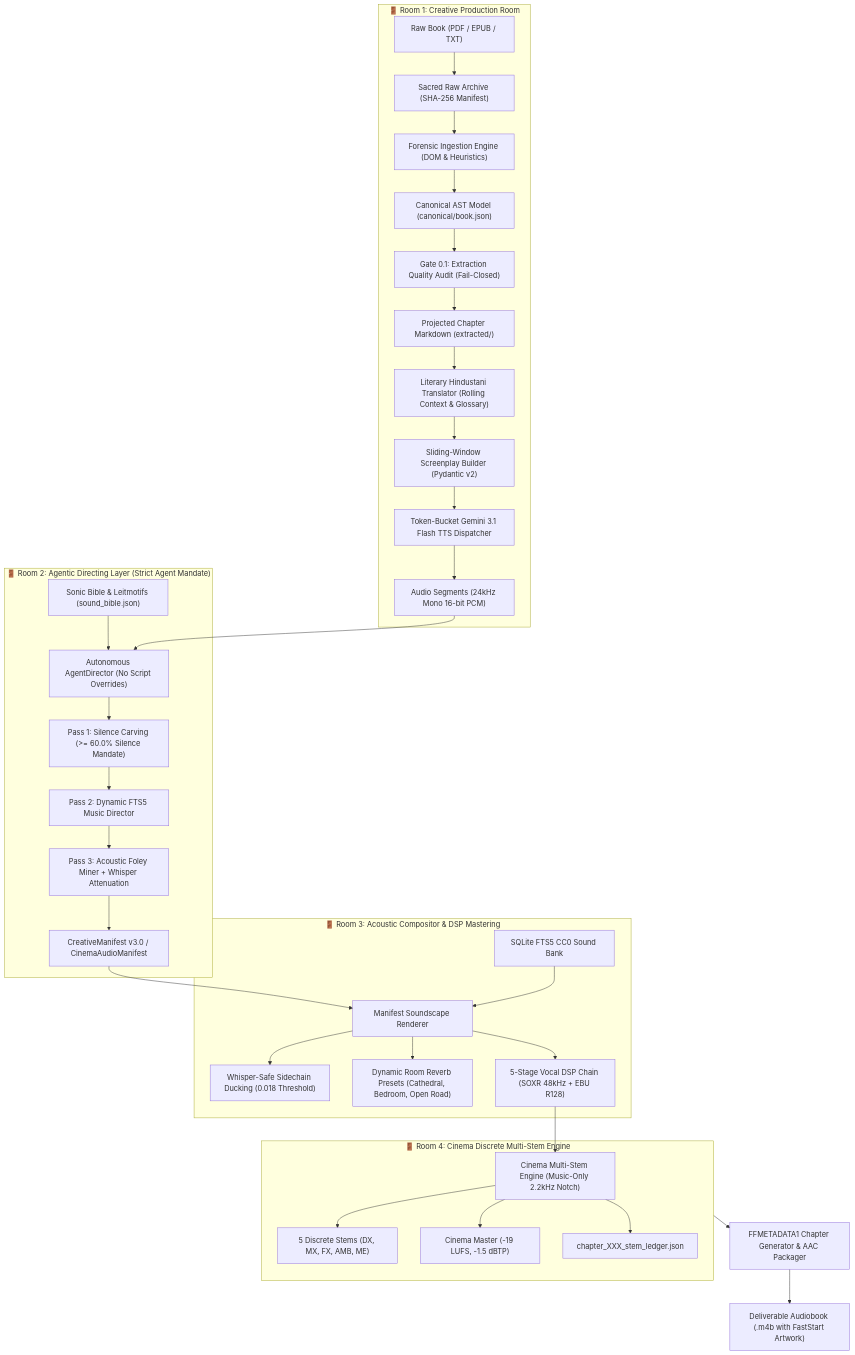
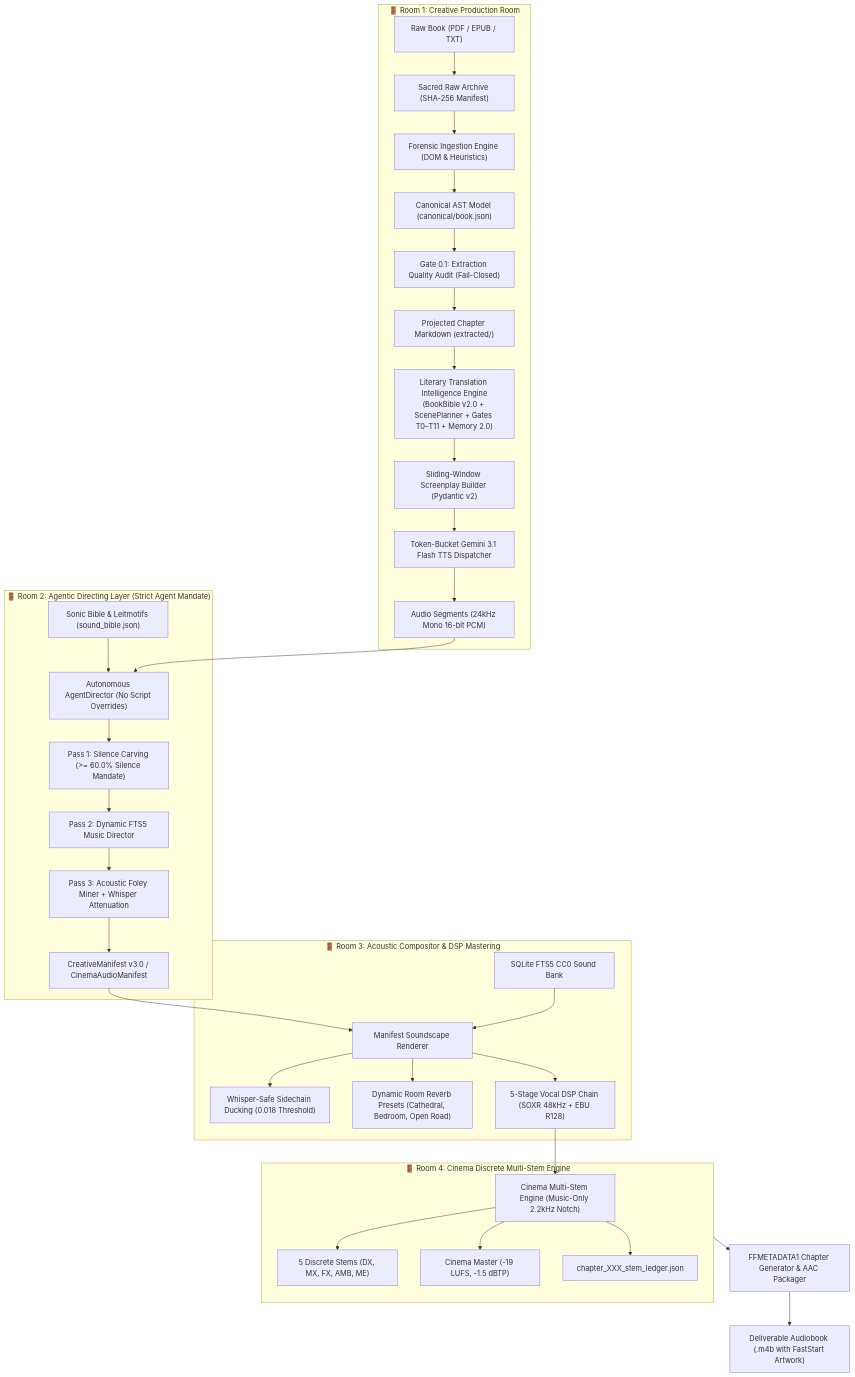
Before and after one commit to naksh-07/audiobook-maker: the diagram in README.md, drawn with Mermaid. The commit also changed other lines of this file and 7 other files, not shown here.

First line of the commit message:
docs: add Literary Translation Intelligence manual (ADR-030) and sync Pillar 2 architecture docs

````diff
--- a/README.md
+++ b/README.md
@@ -25,41 +25,41 @@
 ```mermaid
 flowchart TD
     subgraph Room1["🚪 Room 1: Creative Production Room"]
         Book["Raw Book (PDF / EPUB / TXT)"] --> RawArchive["Sacred Raw Archive (SHA-256 Manifest)"]
         RawArchive --> Extractor["Forensic Ingestion Engine (DOM & Heuristics)"]
         Extractor --> AST["Canonical AST Model (canonical/book.json)"]
         AST --> Gate01["Gate 0.1: Extraction Quality Audit (Fail-Closed)"]
         Gate01 --> Chapters["Projected Chapter Markdown (extracted/)"]
-        Chapters --> Translator["Literary Hindustani Translator (Rolling Context & Glossary)"]
+        Chapters --> Translator["Literary Translation Intelligence Engine<br/>(BookBible v2.0 + ScenePlanner + Gates T0–T11 + Memory 2.0)"]
         Translator --> ScriptBuilder["Sliding-Window Screenplay Builder (Pydantic v2)"]
         ScriptBuilder --> Dispatcher["Token-Bucket Gemini 3.1 Flash TTS Dispatcher"]
         Dispatcher --> AudioChunks["Audio Segments (24kHz Mono 16-bit PCM)"]
     end
 
     subgraph Room2["🚪 Room 2: Agentic Directing Layer (Strict Agent Mandate)"]
         Bible["Sonic Bible & Leitmotifs (sound_bible.json)"] --> Director["Autonomous AgentDirector (No Script Overrides)"]
         AudioChunks --> Director
         Director --> SilenceCarve["Pass 1: Silence Carving (>= 60.0% Silence Mandate)"]
         SilenceCarve --> MusicDir["Pass 2: Dynamic FTS5 Music Director"]
         MusicDir --> FoleyMiner["Pass 3: Acoustic Foley Miner + Whisper Attenuation"]
         FoleyMiner --> Manifest["CreativeManifest v3.0 / CinemaAudioManifest"]
     end
 
     subgraph Room3["🚪 Room 3: Acoustic Compositor & DSP Mastering"]
         Manifest --> Renderer["Manifest Soundscape Renderer"]
         SoundBank["SQLite FTS5 CC0 Sound Bank"] --> Renderer
         Renderer --> Ducking["Whisper-Safe Sidechain Ducking (0.018 Threshold)"]
         Renderer --> Reverb["Dynamic Room Reverb Presets (Cathedral, Bedroom, Open Road)"]
         Renderer --> VocalDSP["5-Stage Vocal DSP Chain (SOXR 48kHz + EBU R128)"]
     end
 
     subgraph Room4["🚪 Room 4: Cinema Discrete Multi-Stem Engine"]
         VocalDSP --> CinemaEngine["Cinema Multi-Stem Engine (Music-Only 2.2kHz Notch)"]
         CinemaEngine --> Stems["5 Discrete Stems (DX, MX, FX, AMB, ME)"]
         CinemaEngine --> Master["Cinema Master (-19 LUFS, -1.5 dBTP)"]
         CinemaEngine --> Ledger["chapter_XXX_stem_ledger.json"]
     end
 
     Room4 --> Packager["FFMETADATA1 Chapter Generator & AAC Packager"]
     Packager --> M4B["Deliverable Audiobook (.m4b with FastStart Artwork)"]
 ```
````
